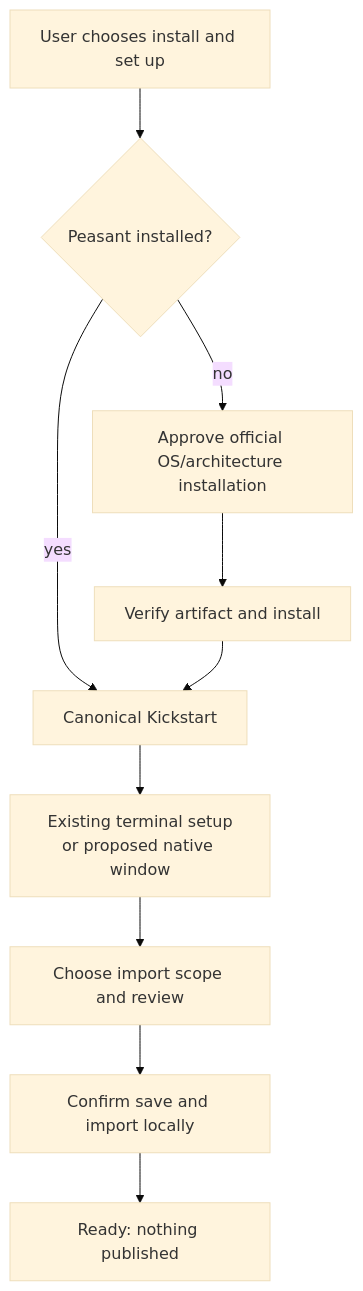
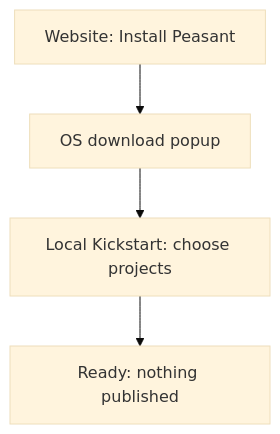
Before and after one commit to jonathanung/peasant: the diagram in docs/research/agent-kickstart.md, drawn with Mermaid (base theme). The commit also changed other lines of this file and 14 other files, not shown here.

First line of the commit message:
fix(web): keep local review controls usable on phones (#796)

````diff
--- a/docs/research/agent-kickstart.md
+++ b/docs/research/agent-kickstart.md
@@ -28,12 +33,6 @@
 ```mermaid
 flowchart TD
-    A["User chooses install and set up"] --> B{"Peasant installed?"}
-    B -- no --> C["Approve official OS/architecture installation"]
-    C --> D["Verify artifact and install"]
-    B -- yes --> E["Canonical Kickstart"]
-    D --> E
-    E --> F["Existing terminal setup<br/>or proposed native window"]
-    F --> G["Choose import scope and review"]
-    G --> H["Confirm save and import locally"]
-    H --> I["Ready: nothing published"]
+    A["Website: Install Peasant"] --> B["OS download popup"]
+    B --> C["Local Kickstart: choose projects"]
+    C --> D["Ready: nothing published"]
 ```
````
